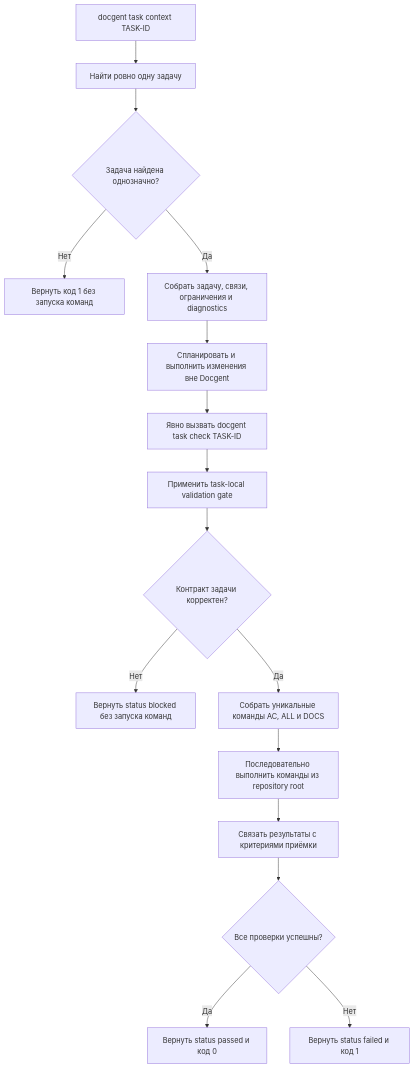
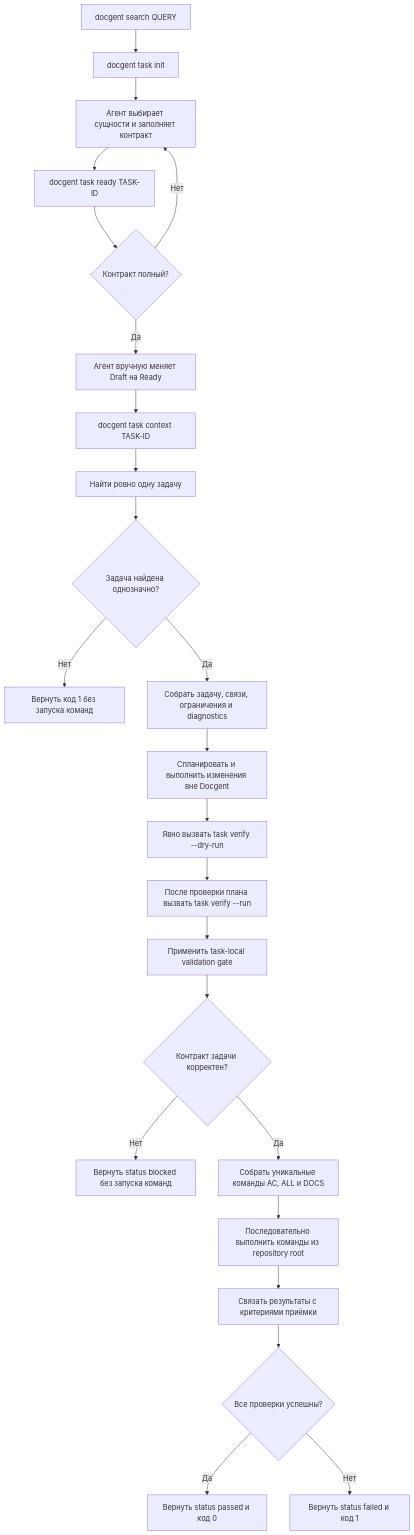
The diagram in docs/flows/FLOW-TASK-WORKFLOW.md (lumenikoly/toudocu), drawn with Mermaid before and after one commit. The commit also changed other lines of this file and 155 other files, not shown here.

````diff
--- a/docs/flows/FLOW-TASK-WORKFLOW.md
+++ b/docs/flows/FLOW-TASK-WORKFLOW.md
@@ -14,18 +13,26 @@
 ```mermaid
 flowchart TD
-    Context["docgent task context TASK-ID"] --> Find["Найти ровно одну задачу"]
+    Search["docgent search QUERY"] --> Init["docgent task init"]
+    Init --> Fill["Агент выбирает сущности и заполняет контракт"]
+    Fill --> Ready["docgent task ready TASK-ID"]
+    Ready --> Complete{"Контракт полный?"}
+    Complete -->|Нет| Fill
+    Complete -->|Да| Status["Агент вручную меняет Draft на Ready"]
+    Status --> Context["docgent task context TASK-ID"]
+    Context --> Find["Найти ровно одну задачу"]
     Find --> Found{"Задача найдена однозначно?"}
     Found -->|Нет| ContextError["Вернуть код 1 без запуска команд"]
     Found -->|Да| Slice["Собрать задачу, связи, ограничения и diagnostics"]
     Slice --> Plan["Спланировать и выполнить изменения вне Docgent"]
-    Plan --> Check["Явно вызвать docgent task check TASK-ID"]
+    Plan --> DryRun["Явно вызвать task verify --dry-run"]
+    DryRun --> Check["После проверки плана вызвать task verify --run"]
     Check --> Gate["Применить task-local validation gate"]
     Gate --> Valid{"Контракт задачи корректен?"}
     Valid -->|Нет| Blocked["Вернуть status blocked без запуска команд"]
     Valid -->|Да| Commands["Собрать уникальные команды AC, ALL и DOCS"]
     Commands --> Run["Последовательно выполнить команды из repository root"]
     Run --> Results["Связать результаты с критериями приёмки"]
     Results --> Passed{"Все проверки успешны?"}
     Passed -->|Да| Success["Вернуть status passed и код 0"]
     Passed -->|Нет| Failed["Вернуть status failed и код 1"]
 ```
````
